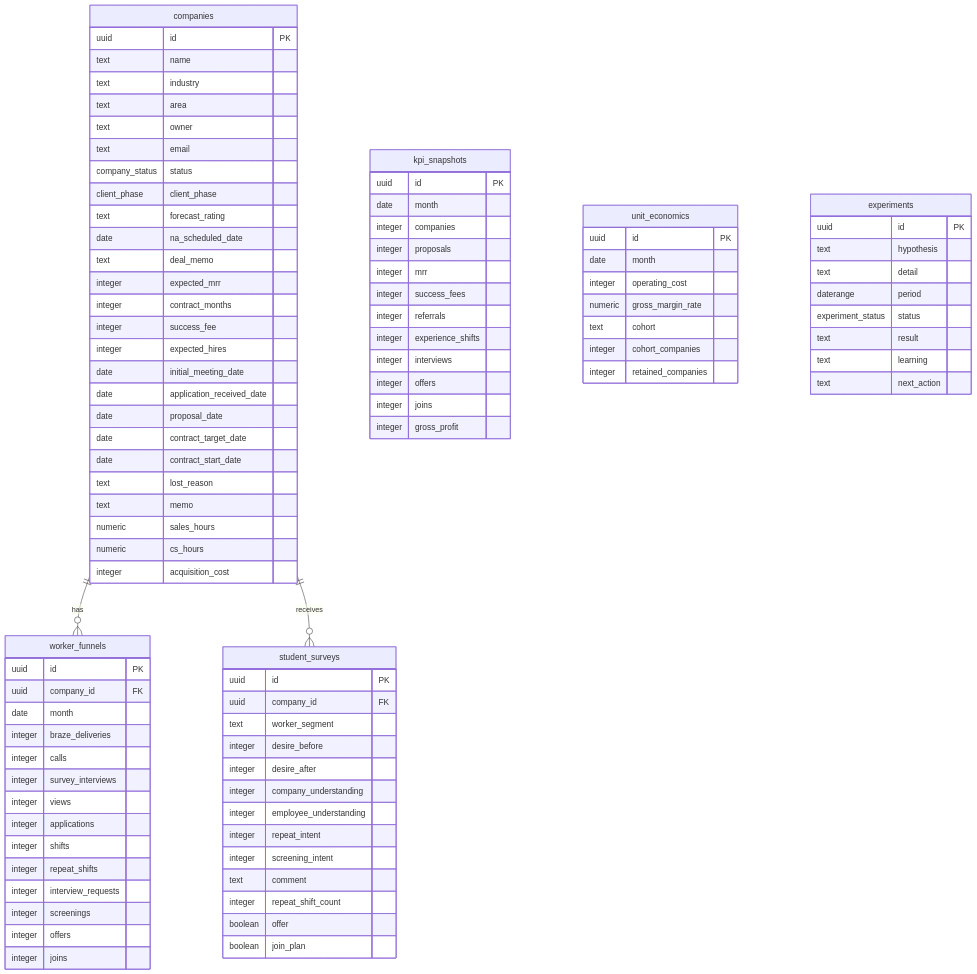
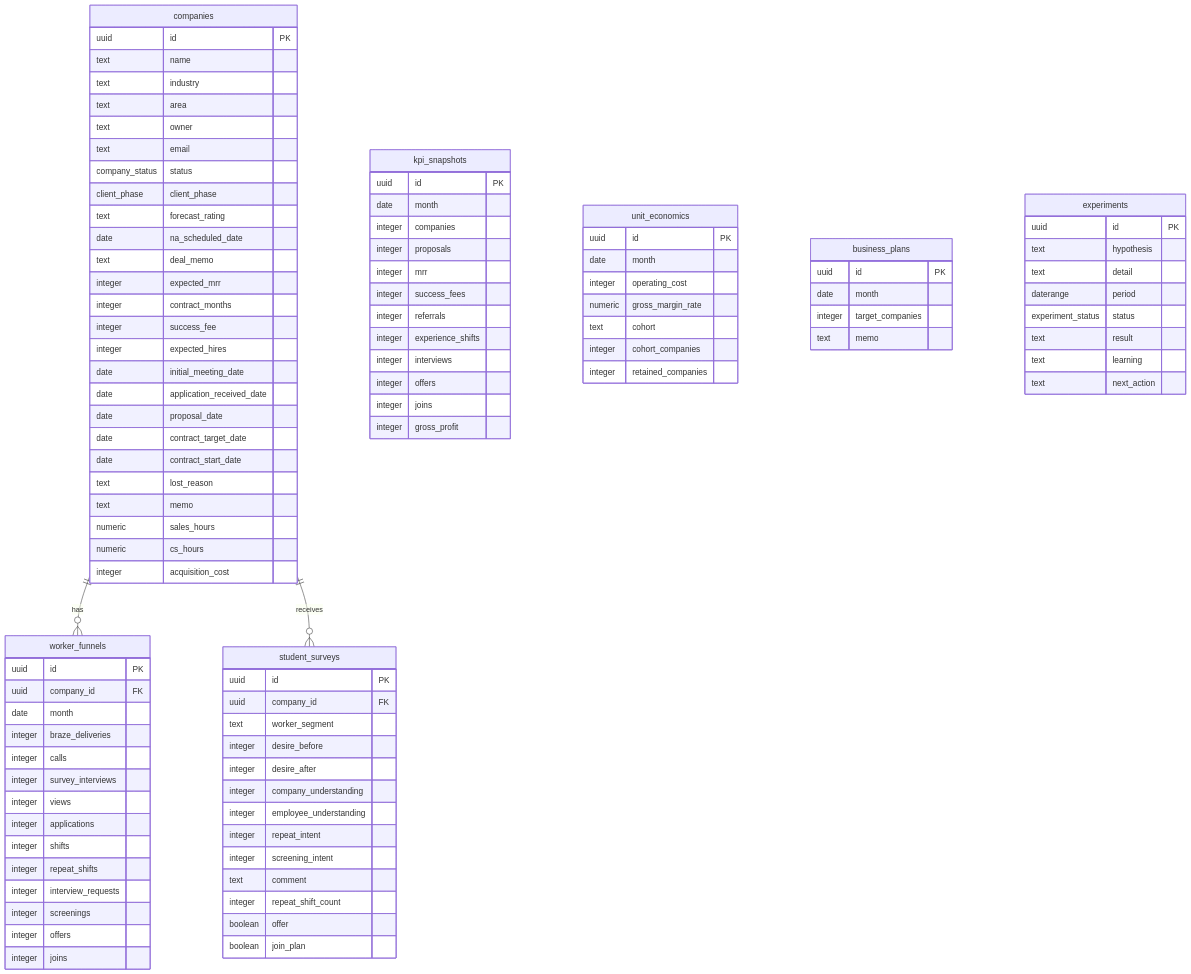
The diagram in README.md (Ryo-Sato0922/newgrad-dashboard), drawn with Mermaid before and after one commit. The commit also changed other lines of this file and 9 other files, not shown here.

```diff
--- a/README.md
+++ b/README.md
@@ -165,6 +170,12 @@
     integer cohort_companies
     integer retained_companies
   }
+  business_plans {
+    uuid id PK
+    date month
+    integer target_companies
+    text memo
+  }
   experiments {
     uuid id PK
     text hypothesis
```
